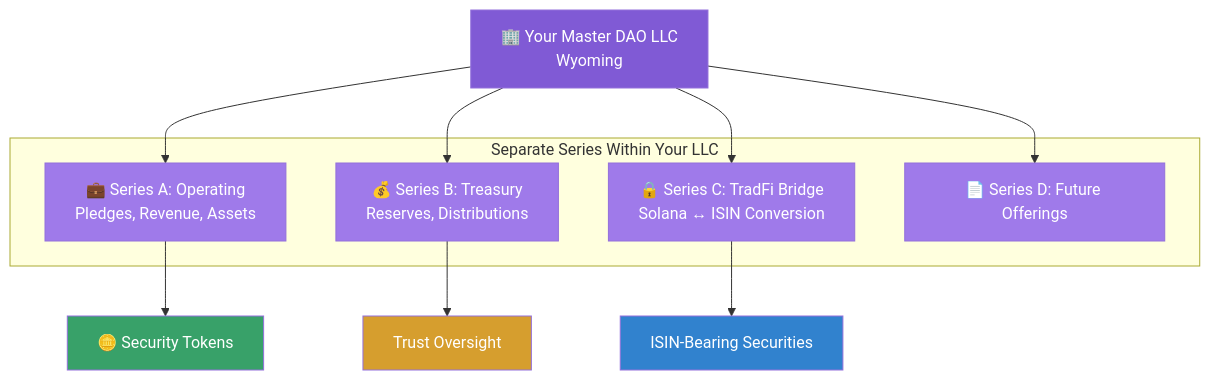
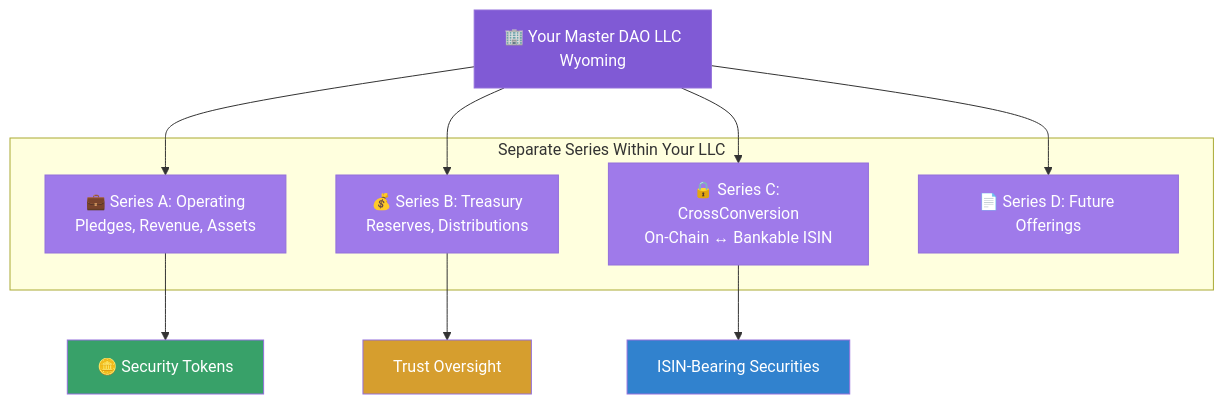
One commit to hrbrlife/sailsto_website changed the second of 9 diagrams in hugo-site/content/whatsails.md. Above: the diagram before and after it, drawn with Mermaid. The commit also changed other lines of this file and 34 other files, not shown here.

```diff
--- a/hugo-site/content/whatsails.md
+++ b/hugo-site/content/whatsails.md
@@ -333,25 +335,25 @@
         <div class="mermaid">
         flowchart TD
             DAO[🏢 Your Master DAO LLC<br/>Wyoming]
             subgraph Series[Separate Series Within Your LLC]
                 S1[💼 Series A: Operating<br/>Pledges, Revenue, Assets]
                 S2[💰 Series B: Treasury<br/>Reserves, Distributions]
-                S3[🔒 Series C: TradFi Bridge<br/>Solana ↔ ISIN Conversion]
+                S3[🔒 Series C: CrossConversion<br/>On-Chain ↔ Bankable ISIN]
                 S4[📄 Series D: Future Offerings]
             end
             DAO --> S1
             DAO --> S2
             DAO --> S3
             DAO --> S4
             S1 --> T1[🪙 Security Tokens]
             S2 --> TRUST[Trust Oversight]
             S3 --> ISIN[ISIN-Bearing Securities]
             style DAO fill:#805ad5,color:#fff
             style S1 fill:#9f7aea,color:#fff
             style S2 fill:#9f7aea,color:#fff
             style S3 fill:#9f7aea,color:#fff
             style S4 fill:#9f7aea,color:#fff
             style T1 fill:#38a169,color:#fff
             style TRUST fill:#d69e2e,color:#fff
             style ISIN fill:#3182ce,color:#fff
         </div>
```
